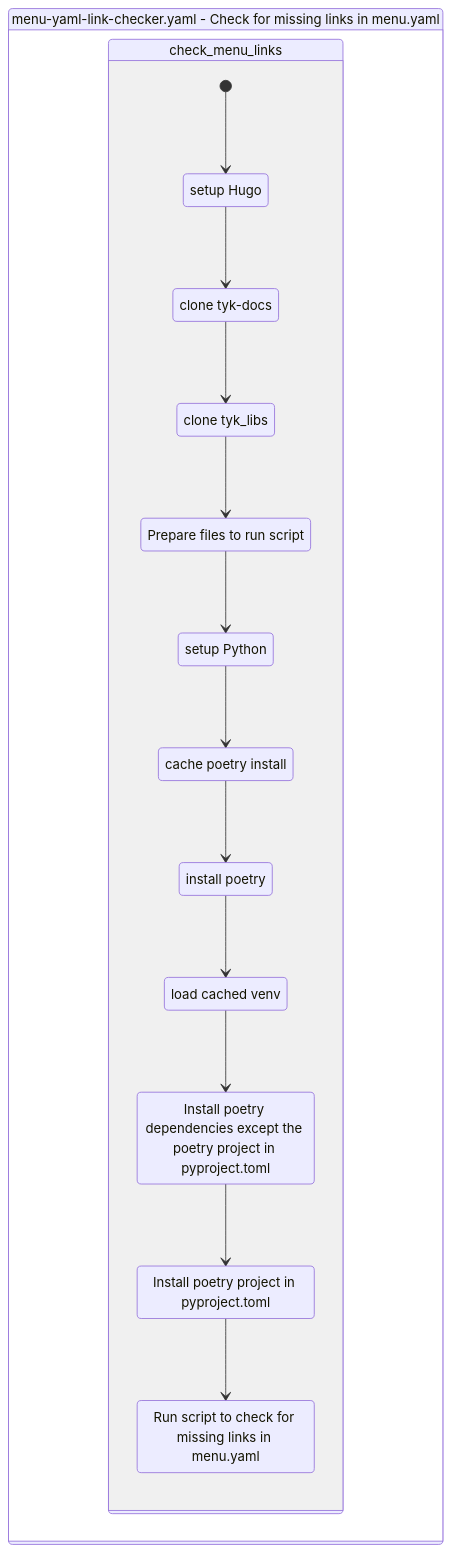
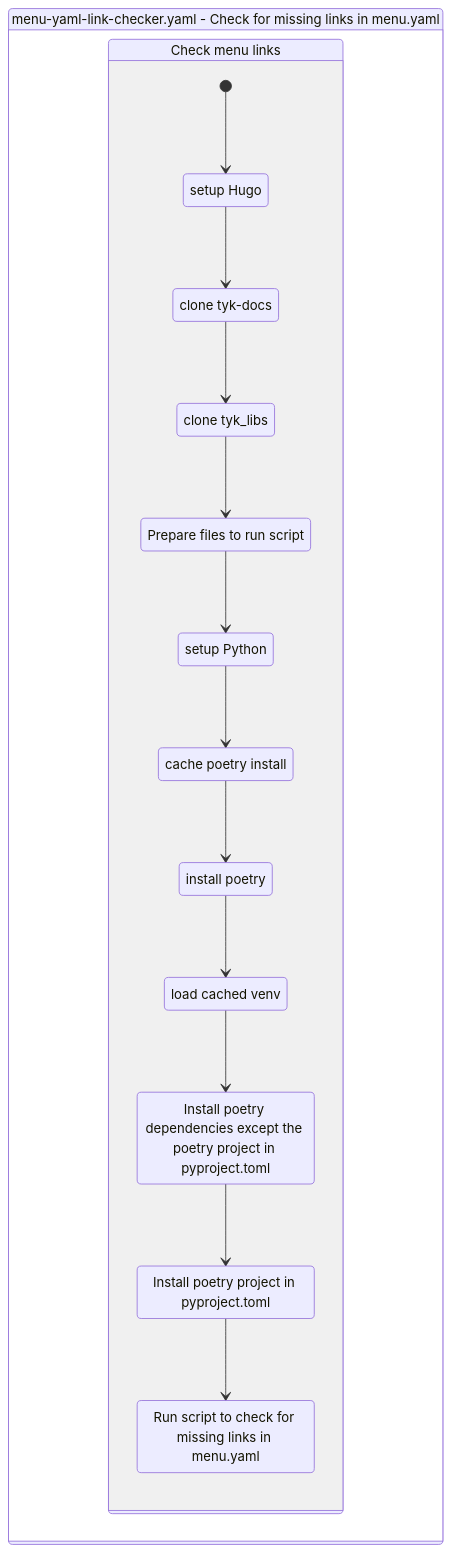
Before and after one commit to TykTechnologies/exp: the diagram in docs/github-actions/tyk-docs/menu-yaml-link-checker.yaml.md, drawn with Mermaid. The commit also changed 63 other files, not shown here.

Commit message:
Sanitize mermaid syntax

````diff
--- a/docs/github-actions/tyk-docs/menu-yaml-link-checker.yaml.md
+++ b/docs/github-actions/tyk-docs/menu-yaml-link-checker.yaml.md
@@ -3,31 +3,31 @@
 ```mermaid
 stateDiagram-v2
     workflow : menu-yaml-link-checker.yaml - Check for missing links in menu.yaml
     state workflow {
-        check_menu_links: check_menu_links
+        check_menu_links: Check menu links
         state check_menu_links {
             [*] --> step0check_menu_links
             step0check_menu_links : setup Hugo
             step0check_menu_links --> step1check_menu_links
             step1check_menu_links : clone tyk-docs
             step1check_menu_links --> step2check_menu_links
             step2check_menu_links : clone tyk_libs
             step2check_menu_links --> step3check_menu_links
             step3check_menu_links : Prepare files to run script
             step3check_menu_links --> step4check_menu_links
             step4check_menu_links : setup Python
             step4check_menu_links --> step5check_menu_links
             step5check_menu_links : cache poetry install
             step5check_menu_links --> step6check_menu_links
             step6check_menu_links : install poetry
             step6check_menu_links --> step7check_menu_links
             step7check_menu_links : load cached venv
             step7check_menu_links --> step8check_menu_links
             step8check_menu_links : Install poetry dependencies except the poetry project in pyproject.toml
             step8check_menu_links --> step9check_menu_links
             step9check_menu_links : Install poetry project in pyproject.toml
             step9check_menu_links --> step10check_menu_links
             step10check_menu_links : Run script to check for missing links in menu.yaml
         }
     }
 ```
````
